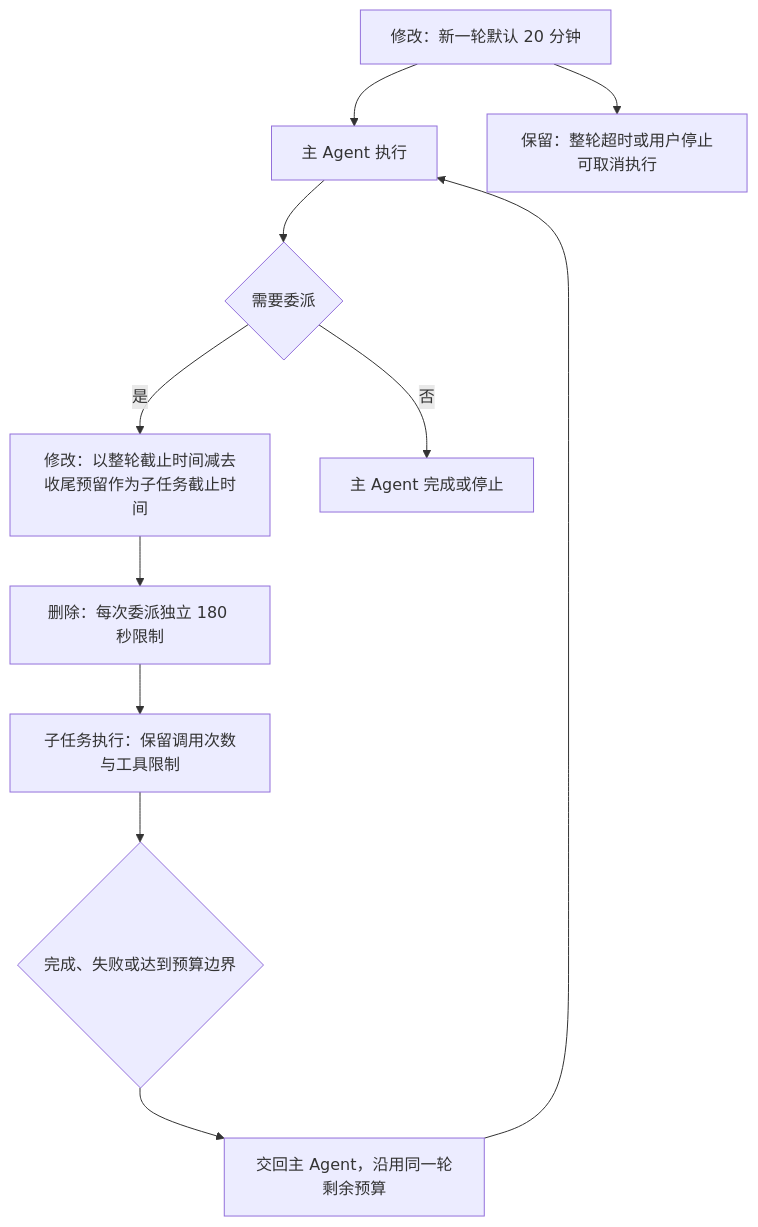
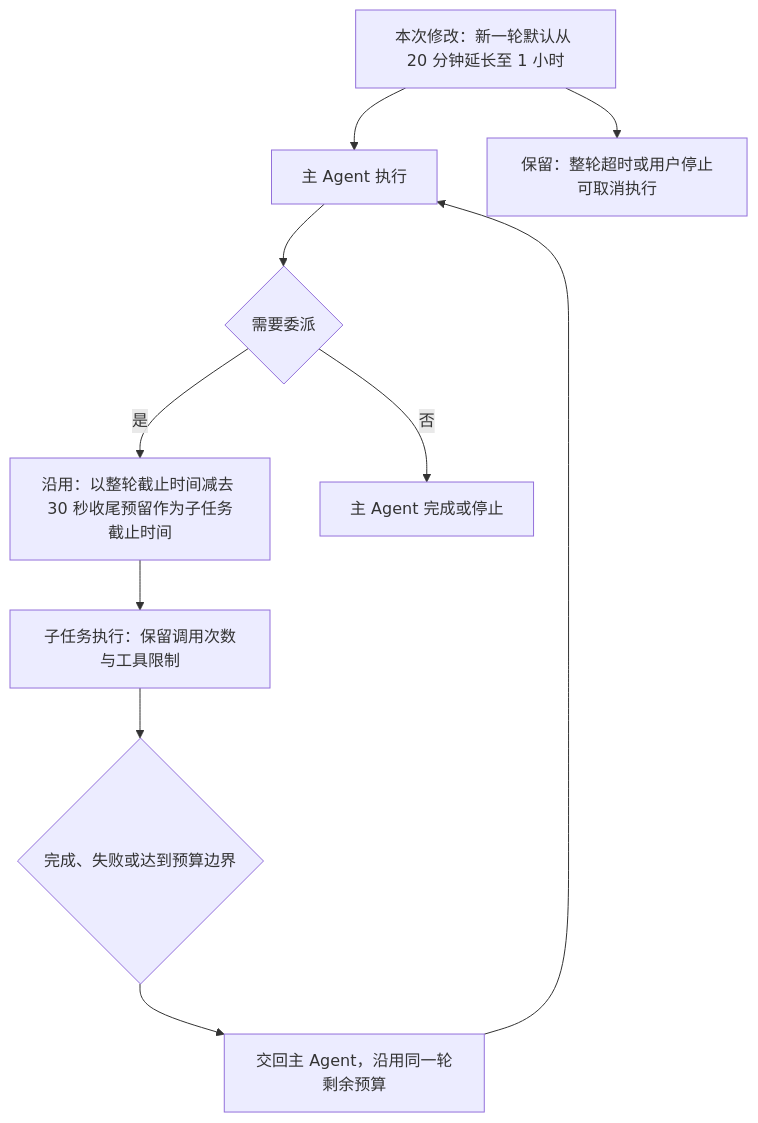
Before and after one commit to zjqylhy/atoms_demo: the diagram in docs/run-time-budget.md, drawn with Mermaid. The commit also changed other lines of this file and 8 other files, not shown here.

````diff
--- a/docs/run-time-budget.md
+++ b/docs/run-time-budget.md
@@ -17,13 +18,12 @@
 ```mermaid
 flowchart TD
-    A[修改：新一轮默认 20 分钟] --> B[主 Agent 执行]
+    A[本次修改：新一轮默认从 20 分钟延长至 1 小时] --> B[主 Agent 执行]
     B --> C{需要委派}
-    C -->|是| D[修改：以整轮截止时间减去收尾预留作为子任务截止时间]
-    D --> E[删除：每次委派独立 180 秒限制]
-    E --> F[子任务执行：保留调用次数与工具限制]
+    C -->|是| D[沿用：以整轮截止时间减去 30 秒收尾预留作为子任务截止时间]
+    D --> F[子任务执行：保留调用次数与工具限制]
     F --> G{完成、失败或达到预算边界}
     G --> H[交回主 Agent，沿用同一轮剩余预算]
     H --> B
     C -->|否| I[主 Agent 完成或停止]
     A --> J[保留：整轮超时或用户停止可取消执行]
 ```
````
